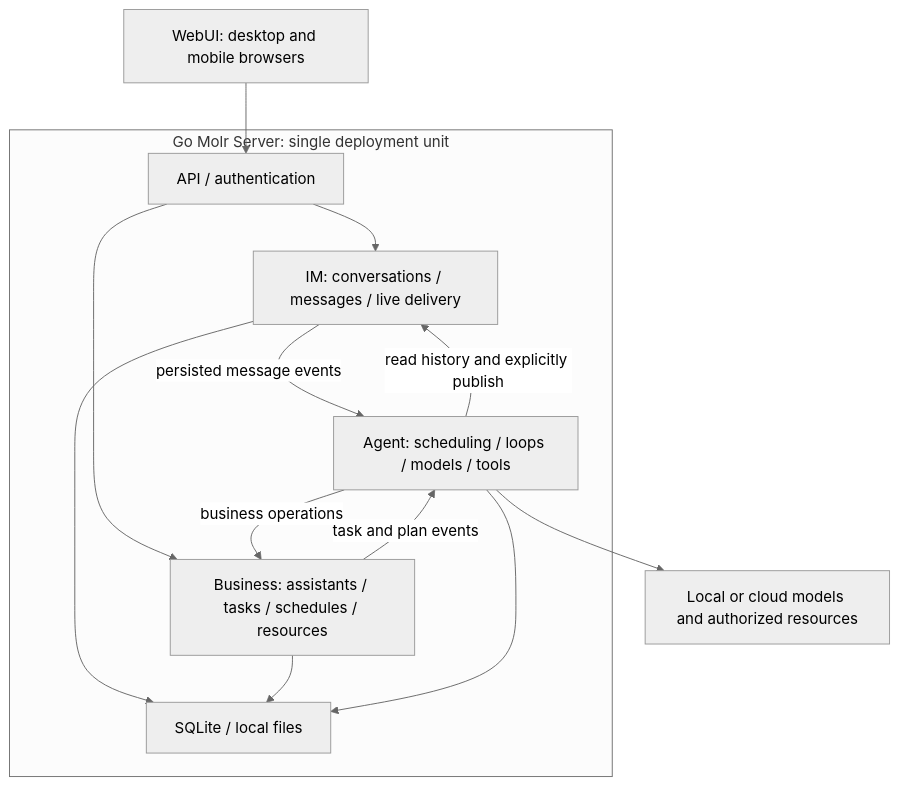
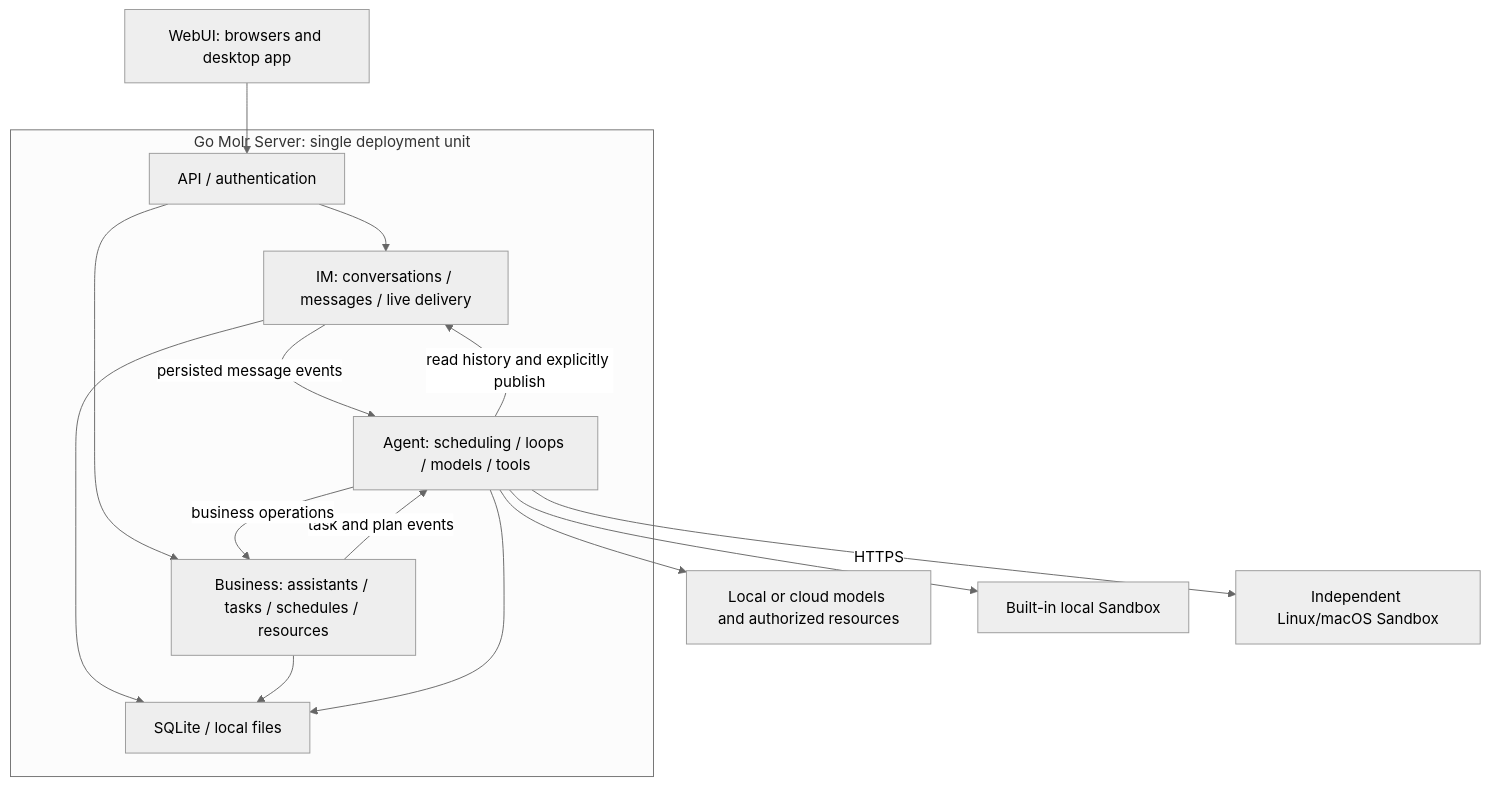
One commit to molr-ai/molr changed the diagram in docs/en/dev/architecture/overview.md. Above: the diagram before and after it, drawn with Mermaid (neutral theme). The commit also changed other lines of this file and 68 other files, not shown here.

````diff
--- a/docs/en/dev/architecture/overview.md
+++ b/docs/en/dev/architecture/overview.md
@@ -14,16 +16,18 @@
 ```mermaid
 flowchart TD
-    UI[WebUI: desktop and mobile browsers] --> API
+    UI[WebUI: browsers and desktop app] --> API
     subgraph SERVER[Go Molr Server: single deployment unit]
         API[API / authentication] --> IM[IM: conversations / messages / live delivery]
         API --> B[Business: assistants / tasks / schedules / resources]
         IM -->|persisted message events| A[Agent: scheduling / loops / models / tools]
         B -->|task and plan events| A
         A -->|read history and explicitly publish| IM
         A -->|business operations| B
         IM --> D[SQLite / local files]
         B --> D
         A --> D
     end
     A --> MODELS[Local or cloud models and authorized resources]
+    A --> LOCAL[Built-in local Sandbox]
+    A -->|HTTPS| REMOTE[Independent Linux/macOS Sandbox]
 ```
````
